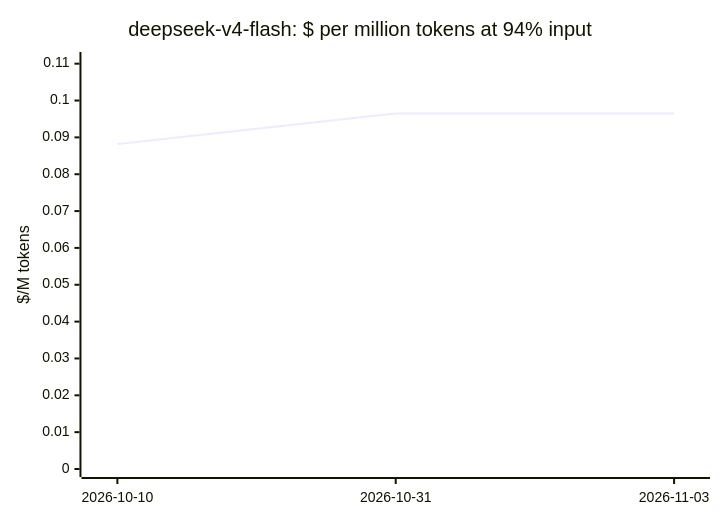
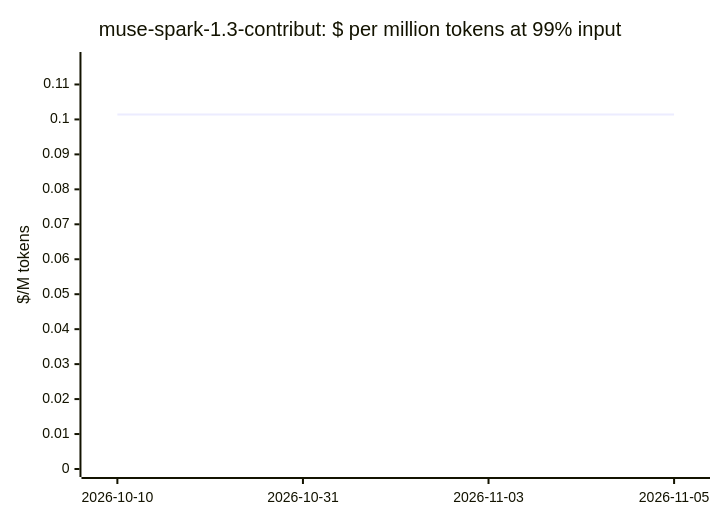
Before and after one commit to cklukas/OMEGA_TRANSFORM: the ninth of 20 diagrams in docs/openrouter-models.md, drawn with Mermaid. The commit also changed other lines of this file and 291 other files, not shown here.

````diff
--- a/docs/openrouter-models.md
+++ b/docs/openrouter-models.md
@@ -210,7 +213,7 @@
 ```mermaid
 xychart-beta
-    title "deepseek-v4-flash: $ per million tokens at 94% input"
-    x-axis ["2026-10-10", "2026-10-31", "2026-11-03"]
-    y-axis "$/M tokens" 0 --> 0.111
-    line [0.08819, 0.09649, 0.09649]
+    title "muse-spark-1.3-contribut: $ per million tokens at 99% input"
+    x-axis ["2026-10-10", "2026-10-31", "2026-11-03", "2026-11-05"]
+    y-axis "$/M tokens" 0 --> 0.117
+    line [0.1014, 0.1014, 0.1014, 0.1014]
 ```
````
